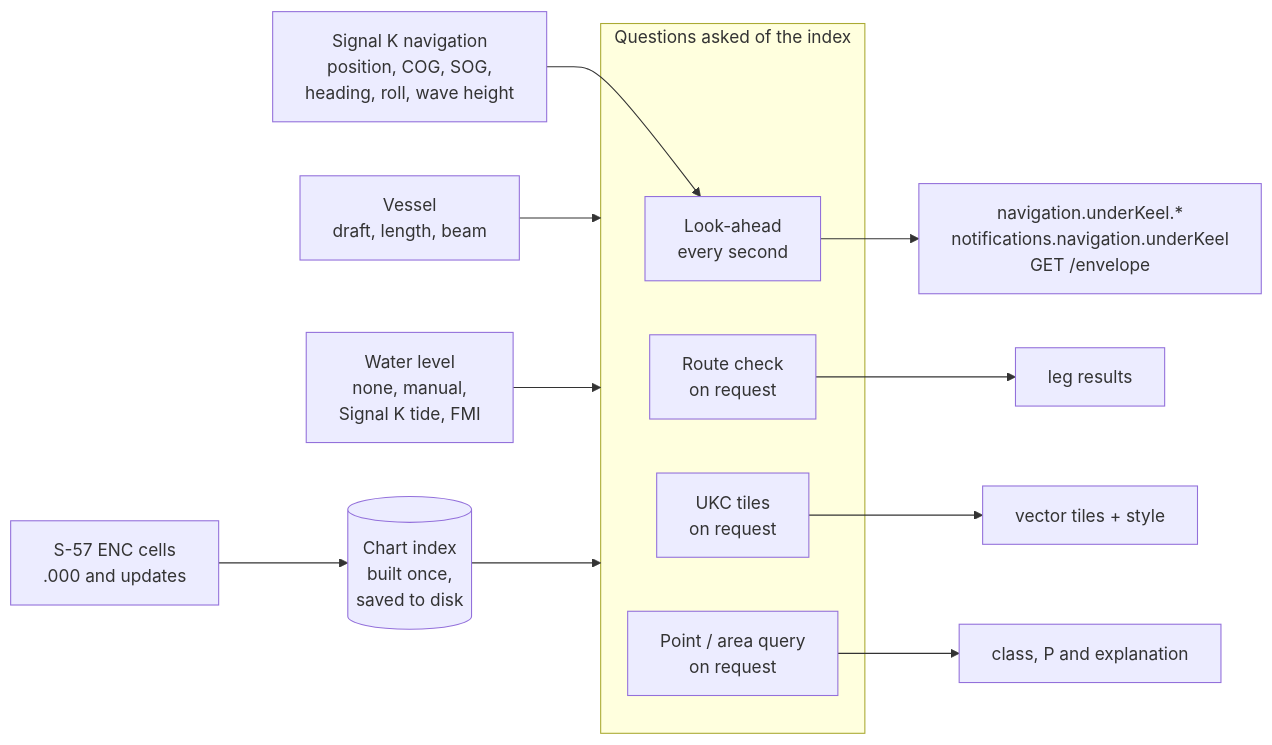
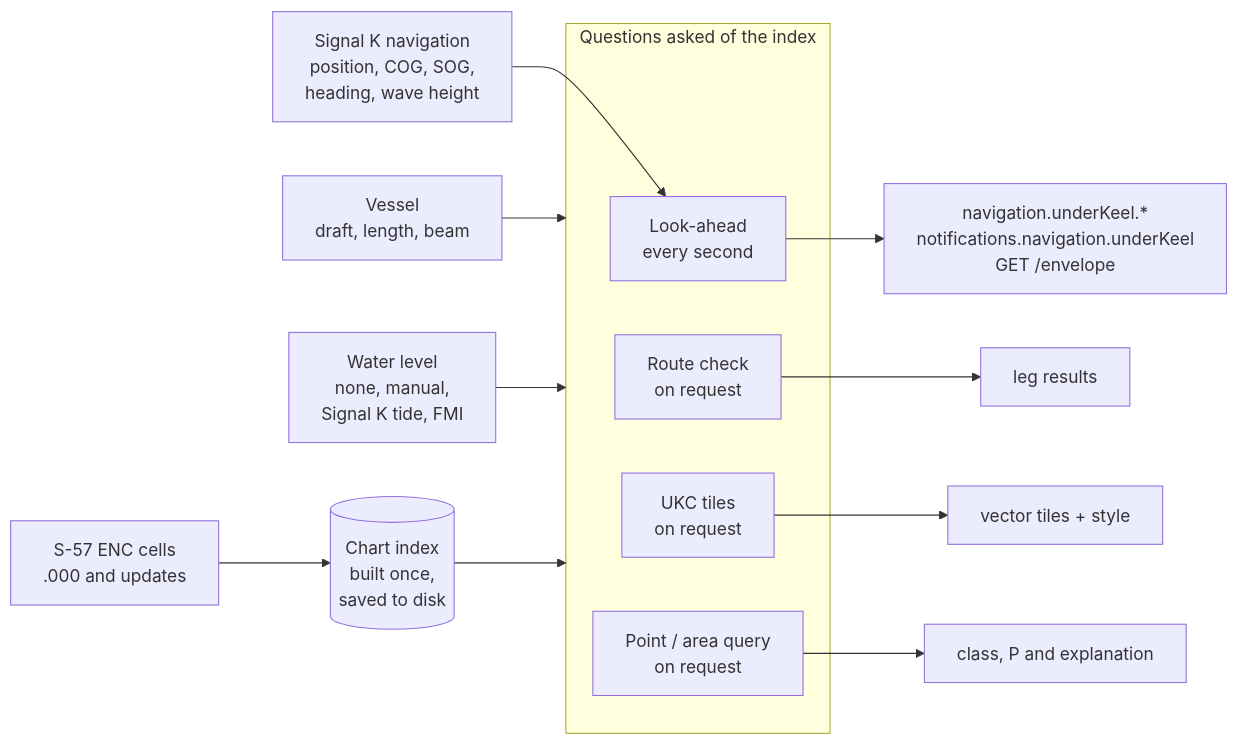
Before and after one commit to KEGustafsson/signalk-underkeel: the first of 6 diagrams in docs/HOW-IT-WORKS.md, drawn with Mermaid. The commit also changed other lines of this file and 60 other files, not shown here.

````diff
--- a/docs/HOW-IT-WORKS.md
+++ b/docs/HOW-IT-WORKS.md
@@ -56,18 +56,18 @@
 ```mermaid
 flowchart LR
   ENC[S-57 ENC cells<br/>.000 and updates] --> IDX[(Chart index<br/>built once,<br/>saved to disk)]
-  NAV[Signal K navigation<br/>position, COG, SOG,<br/>heading, roll, wave height] --> LA
+  NAV[Signal K navigation<br/>position, COG, SOG,<br/>heading, wave height] --> LA
   VES[Vessel<br/>draft, length, beam] --> Q
   WL[Water level<br/>none, manual,<br/>Signal K tide, FMI] --> Q
   IDX --> Q
   subgraph Q[Questions asked of the index]
     LA[Look-ahead<br/>every second]
     RC[Route check<br/>on request]
     TILES[UKC tiles<br/>on request]
     QRY[Point / area query<br/>on request]
   end
   LA --> OUT1[navigation.underKeel.*<br/>notifications.navigation.underKeel<br/>GET /envelope]
   RC --> OUT2[leg results]
   TILES --> OUT3[vector tiles + style]
   QRY --> OUT4[class, P and explanation]
 ```
````
